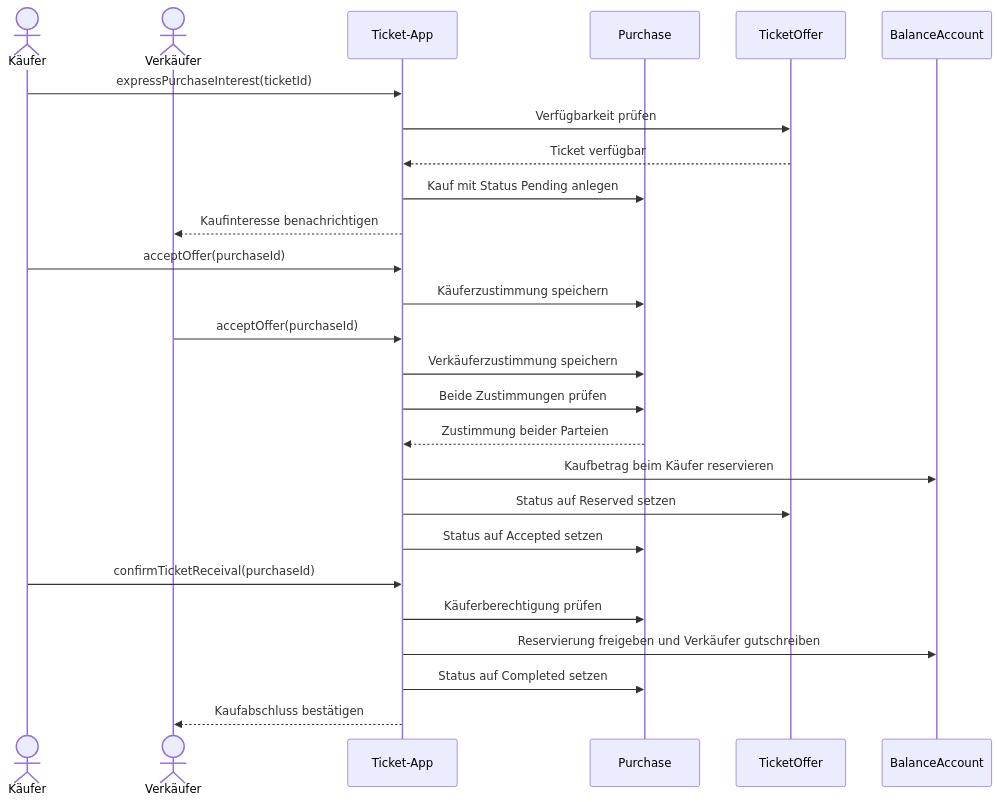
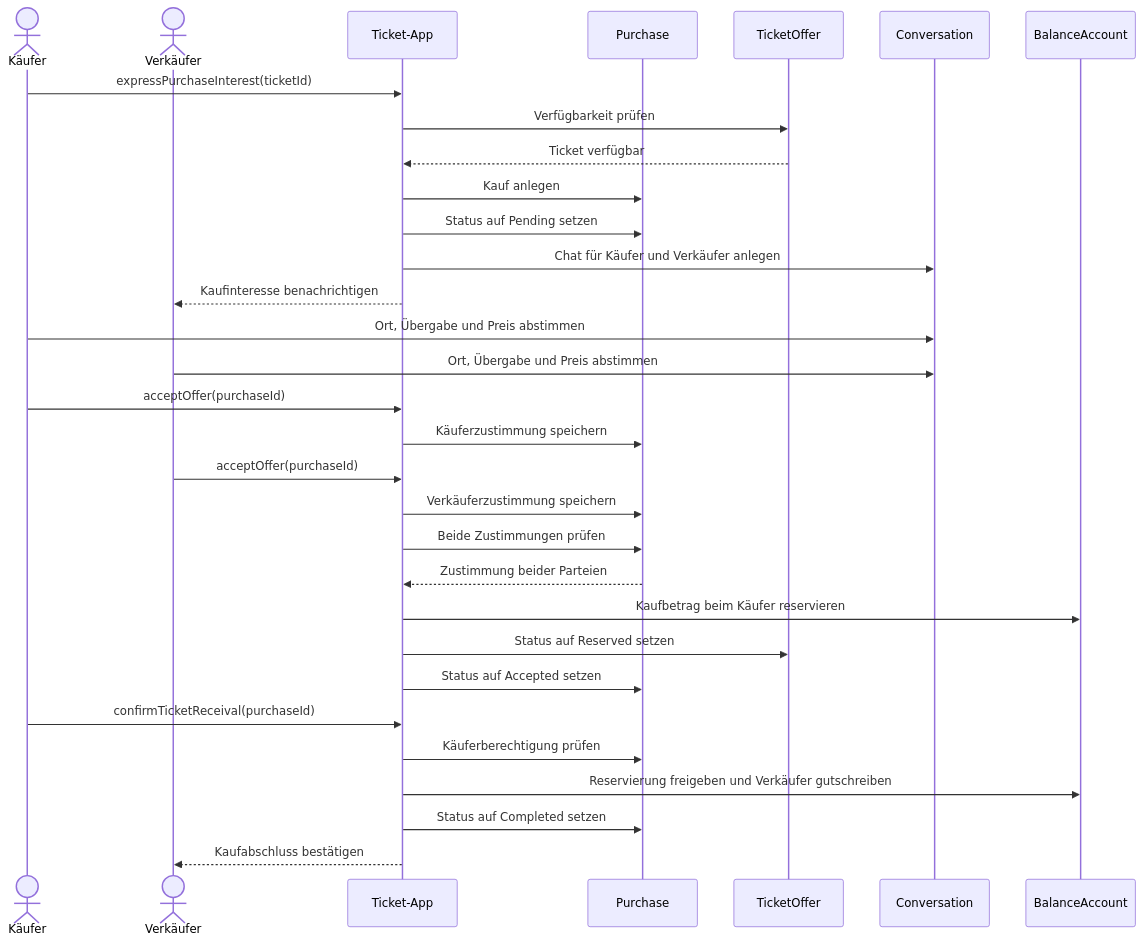
One commit to Adrian-Hansen-dev/second-hand-ticket-app changed the second of 4 diagrams in systemoperationen.md. Above: the diagram before and after it, drawn with Mermaid.

Commit message:
chat hinzugefügt

````diff
--- a/systemoperationen.md
+++ b/systemoperationen.md
@@ -365,31 +365,37 @@
 ```mermaid
 sequenceDiagram
     actor Käufer
     actor Verkäufer
     participant App as Ticket-App
     participant Purchase as Purchase
     participant Ticket as TicketOffer
+    participant Chat as Conversation
     participant Balance as BalanceAccount
 
     Käufer->>App: expressPurchaseInterest(ticketId)
     App->>Ticket: Verfügbarkeit prüfen
     Ticket-->>App: Ticket verfügbar
-    App->>Purchase: Kauf mit Status Pending anlegen
+    App->>Purchase: Kauf anlegen
+    App->>Purchase: Status auf Pending setzen
+    App->>Chat: Chat für Käufer und Verkäufer anlegen
     App-->>Verkäufer: Kaufinteresse benachrichtigen
+
+    Käufer->>Chat: Ort, Übergabe und Preis abstimmen
+    Verkäufer->>Chat: Ort, Übergabe und Preis abstimmen
 
     Käufer->>App: acceptOffer(purchaseId)
     App->>Purchase: Käuferzustimmung speichern
     Verkäufer->>App: acceptOffer(purchaseId)
     App->>Purchase: Verkäuferzustimmung speichern
     App->>Purchase: Beide Zustimmungen prüfen
     Purchase-->>App: Zustimmung beider Parteien
     App->>Balance: Kaufbetrag beim Käufer reservieren
     App->>Ticket: Status auf Reserved setzen
     App->>Purchase: Status auf Accepted setzen
 
     Käufer->>App: confirmTicketReceival(purchaseId)
     App->>Purchase: Käuferberechtigung prüfen
     App->>Balance: Reservierung freigeben und Verkäufer gutschreiben
     App->>Purchase: Status auf Completed setzen
     App-->>Verkäufer: Kaufabschluss bestätigen
 ```
````
